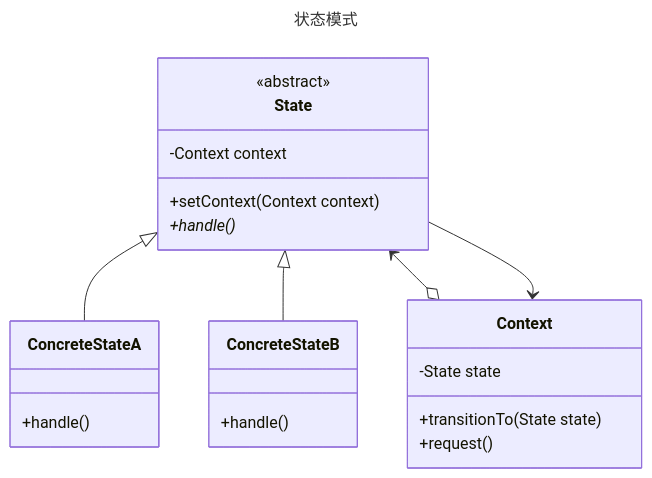
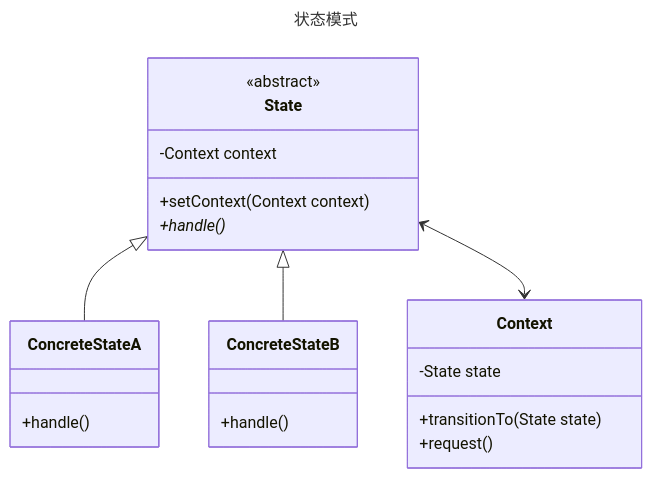
One commit to fengyun89/typescript-design-patterns changed the diagram in state/README.md. Above: the diagram before and after it, drawn with Mermaid. The commit also changed 17 other files, not shown here.

````diff
--- a/state/README.md
+++ b/state/README.md
@@ -1,27 +1,26 @@
 ```mermaid
 ---
 title: 状态模式
 ---
 classDiagram
     class State {
         <<abstract>>
         -Context context
         +setContext(Context context)
         +handle()*
     }
     class ConcreteStateA {
         +handle()
     }
     class ConcreteStateB {
         +handle()
     }
     class Context {
         -State state
         +transitionTo(State state)
         +request()
     }
     State <|-- ConcreteStateA 
     State <|-- ConcreteStateB 
-    State <--o Context 
-    Context <-- State 
+    State <--> Context 
 ```
````
